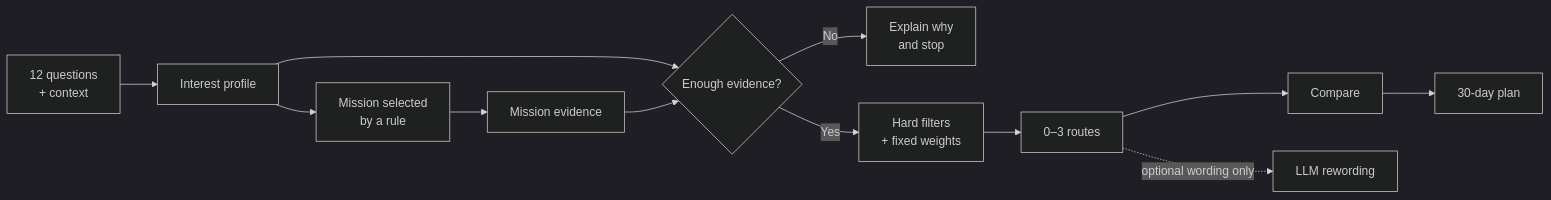
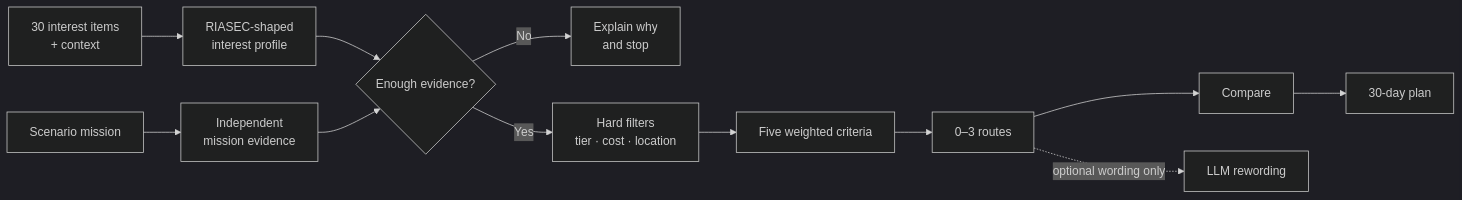
Before and after one commit to winxtxrgit/futureme-ai: the diagram in READMEEN.md, drawn with Mermaid (dark theme). The commit also changed other lines of this file and 89 other files, not shown here.

````diff
--- a/READMEEN.md
+++ b/READMEEN.md
@@ -125,14 +167,14 @@
 ```mermaid
 flowchart LR
-    A["12 questions<br/>+ context"] --> B["Interest profile"]
-    B --> C["Mission selected<br/>by a rule"]
-    C --> D["Mission evidence"]
+    A["30 interest items<br/>+ context"] --> B["RIASEC-shaped<br/>interest profile"]
+    C["Scenario mission"] --> D["Independent<br/>mission evidence"]
     B --> E{"Enough evidence?"}
     D --> E
     E -->|"No"| F["Explain why<br/>and stop"]
-    E -->|"Yes"| G["Hard filters<br/>+ fixed weights"]
-    G --> H["0–3 routes"]
-    H --> I["Compare"]
-    I --> J["30-day plan"]
-    H -.->|"optional wording only"| K["LLM rewording"]
+    E -->|"Yes"| G["Hard filters<br/>tier · cost · location"]
+    G --> H["Five weighted criteria"]
+    H --> I["0–3 routes"]
+    I --> J["Compare"]
+    J --> K["30-day plan"]
+    I -.->|"optional wording only"| L["LLM rewording"]
 ```
````
